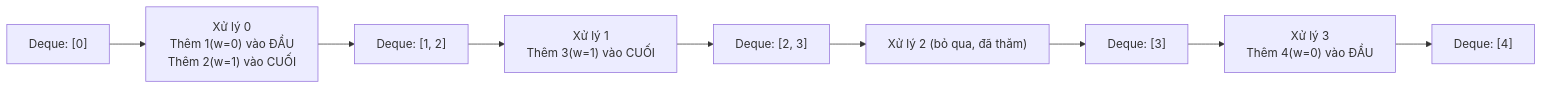
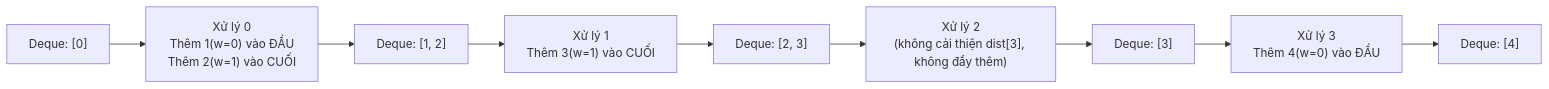
The diagram in docs/lessons/bfs-01.md (FPTOJ-OJ/fptoj_wiki), drawn with Mermaid before and after one commit. The commit also changed other lines of this file and 183 other files, not shown here.

````diff
--- a/docs/lessons/bfs-01.md
+++ b/docs/lessons/bfs-01.md
@@ -65,11 +65,11 @@
 ```mermaid
 flowchart LR
     A["Deque: [0]"] --> B["Xử lý 0\nThêm 1(w=0) vào ĐẦU\nThêm 2(w=1) vào CUỐI"]
     B --> C["Deque: [1, 2]"]
     C --> D["Xử lý 1\nThêm 3(w=1) vào CUỐI"]
     D --> E["Deque: [2, 3]"]
-    E --> F["Xử lý 2 (bỏ qua, đã thăm)"]
+    E --> F["Xử lý 2\n(không cải thiện dist[3], không đẩy thêm)"]
     F --> G["Deque: [3]"]
     G --> H["Xử lý 3\nThêm 4(w=0) vào ĐẦU"]
     H --> I["Deque: [4]"]
 ```
````
